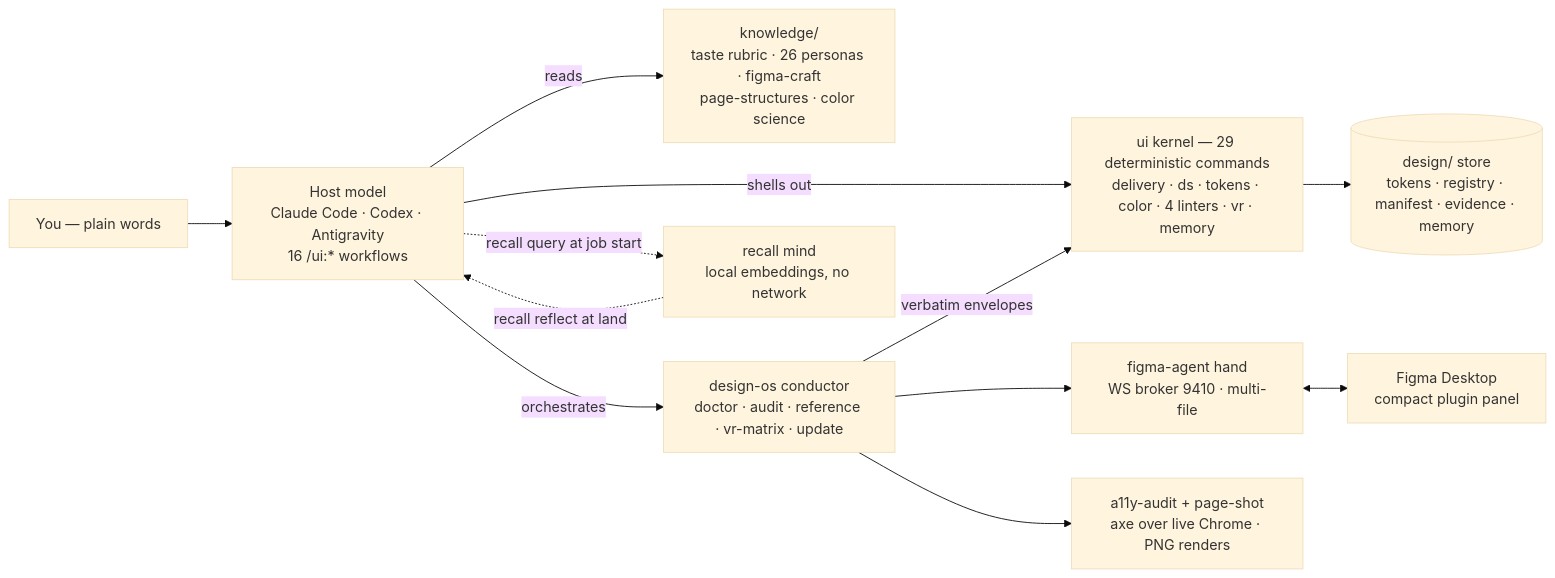
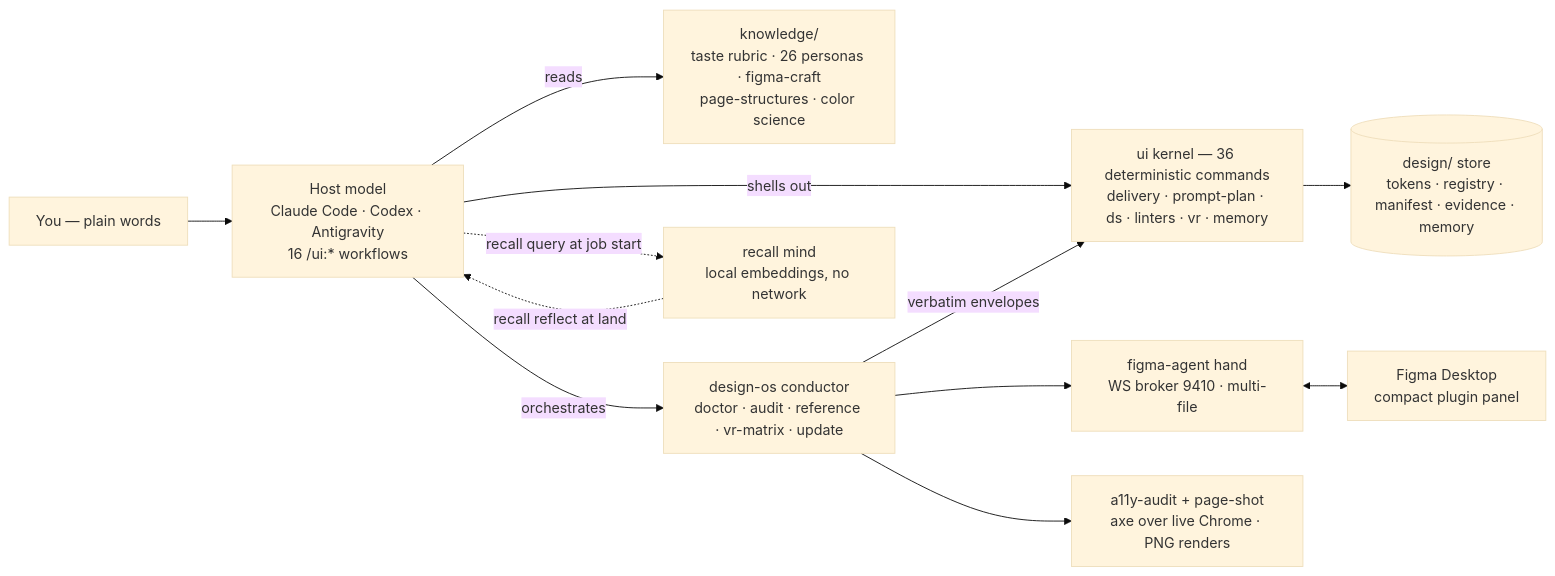
Before and after one commit to jangtrinh/design-os: the first of 2 diagrams in README.md, drawn with Mermaid (base theme). The commit also changed other lines of this file and 82 other files, not shown here.

````diff
--- a/README.md
+++ b/README.md
@@ -250,14 +322,14 @@
 ```mermaid
 flowchart LR
     U["You — plain words"] --> HM["Host model<br/>Claude Code · Codex · Antigravity<br/>16 /ui:* workflows"]
     HM -- reads --> K["knowledge/<br/>taste rubric · 26 personas · figma-craft<br/>page-structures · color science"]
-    HM -- shells out --> UI["ui kernel — 29 deterministic commands<br/>delivery · ds · tokens · color · 4 linters · vr · memory"]
+    HM -- shells out --> UI["ui kernel — 36 deterministic commands<br/>delivery · prompt-plan · ds · linters · vr · memory"]
     HM -- orchestrates --> DOS["design-os conductor<br/>doctor · audit · reference · vr-matrix · update"]
     DOS -- verbatim envelopes --> UI
     DOS --> FA["figma-agent hand<br/>WS broker 9410 · multi-file"]
     DOS --> AX["a11y-audit + page-shot<br/>axe over live Chrome · PNG renders"]
     HM -. "recall query at job start" .-> RC["recall mind<br/>local embeddings, no network"]
     RC -. "recall reflect at land" .-> HM
     FA <--> FIG["Figma Desktop<br/>compact plugin panel"]
     UI --> DS[("design/ store<br/>tokens · registry · manifest · evidence · memory")]
 ```
````
